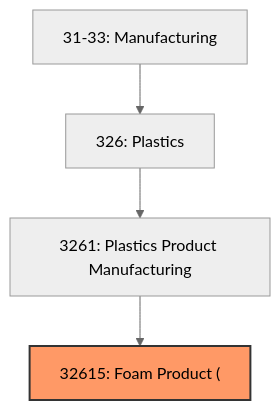
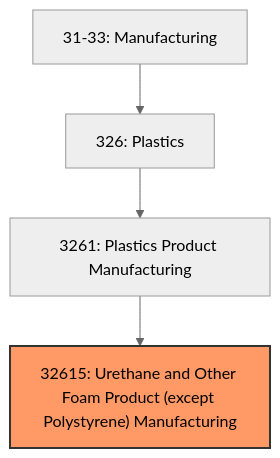
Before and after one commit to kziemski/business.org.ai: the first of 3 diagrams in industries/Manufacturing/Plastics/PlasticsProductManufacturing/FoamProduct.mdx, drawn with Mermaid (neutral theme). The commit also changed other lines of this file and 67418 other files, not shown here.

````diff
--- a/industries/Manufacturing/Plastics/PlasticsProductManufacturing/FoamProduct.mdx
+++ b/industries/Manufacturing/Plastics/PlasticsProductManufacturing/FoamProduct.mdx
@@ -20,8 +20,8 @@
 ```mermaid
 graph TD
     S31["31-33: Manufacturing"]
     S31 --> N326["326: Plastics"]
     N326 --> N3261["3261: Plastics Product Manufacturing"]
-    N3261 --> N32615["32615: Foam Product ("]
+    N3261 --> N32615["32615: Urethane and Other Foam Product (except Polystyrene) Manufacturing"]
     style N32615 fill:#f96,stroke:#333,stroke-width:2px
 ```
````
